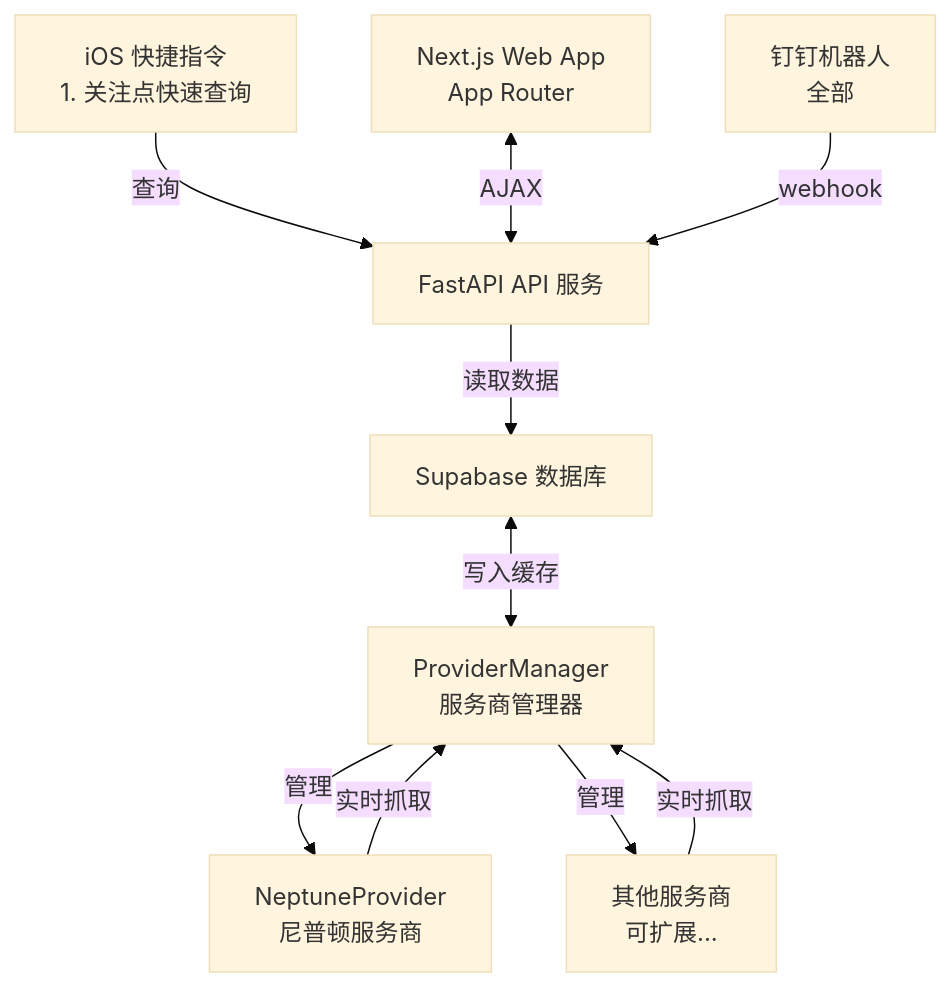
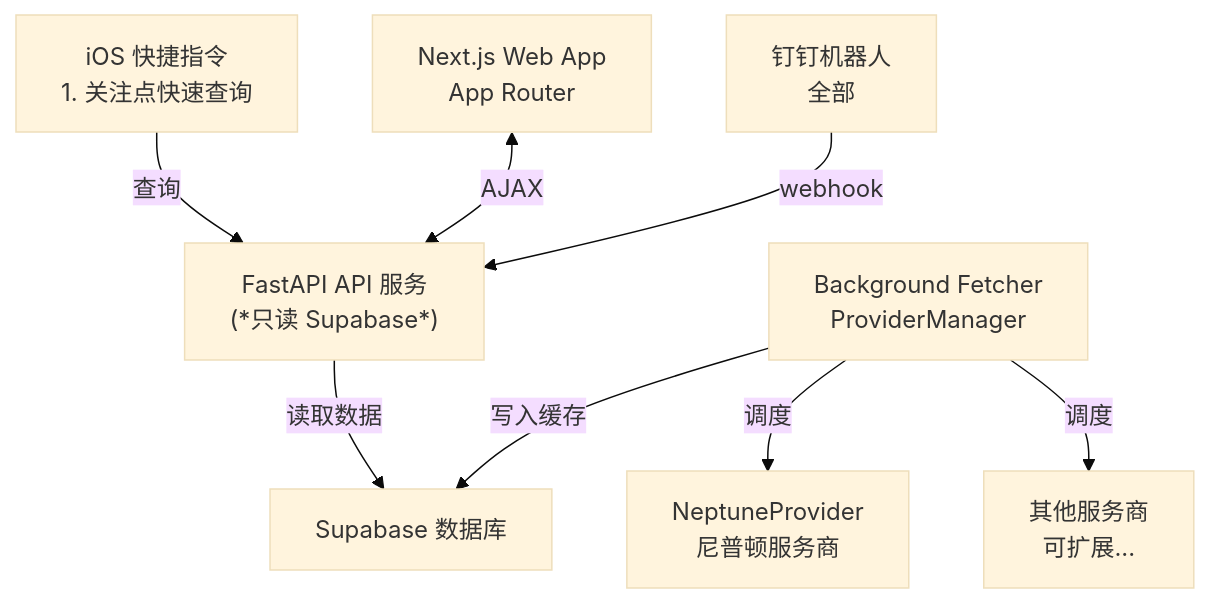
One commit to ZJU-Charger/ZJU-Charger changed the diagram in README.md. Above: the diagram before and after it, drawn with Mermaid (base theme). The commit also changed other lines of this file and 13 other files, not shown here.

````diff
--- a/README.md
+++ b/README.md
@@ -90,33 +90,30 @@
 ```mermaid
 flowchart TD
 
     A["iOS 快捷指令<br/>1. 关注点快速查询"]
 
     B["Next.js Web App<br/>App Router"]
 
-    C["FastAPI API 服务"]
+    C["FastAPI API 服务<br/>(*只读 Supabase*)"]
 
     D["钉钉机器人<br/>全部"]
 
-    E["ProviderManager<br/>服务商管理器"]
+    H["Background Fetcher<br/>ProviderManager"]
 
     F1["NeptuneProvider<br/>尼普顿服务商"]
     F2["其他服务商<br/>可扩展..."]
 
     G["Supabase 数据库"]
 
     %% 连接关系
     A --> |查询| C
 
     B <--> |AJAX| C
 
     D --> |webhook| C
 
     C --> |读取数据| G
-    E --> |管理| F1
-    E --> |管理| F2
-    F1 --> |实时抓取| E
-    F2 --> |实时抓取| E
-    
-    G <--> |写入缓存| E
+    H --> |写入缓存| G
+    H --> |调度| F1
+    H --> |调度| F2
 ```
````
